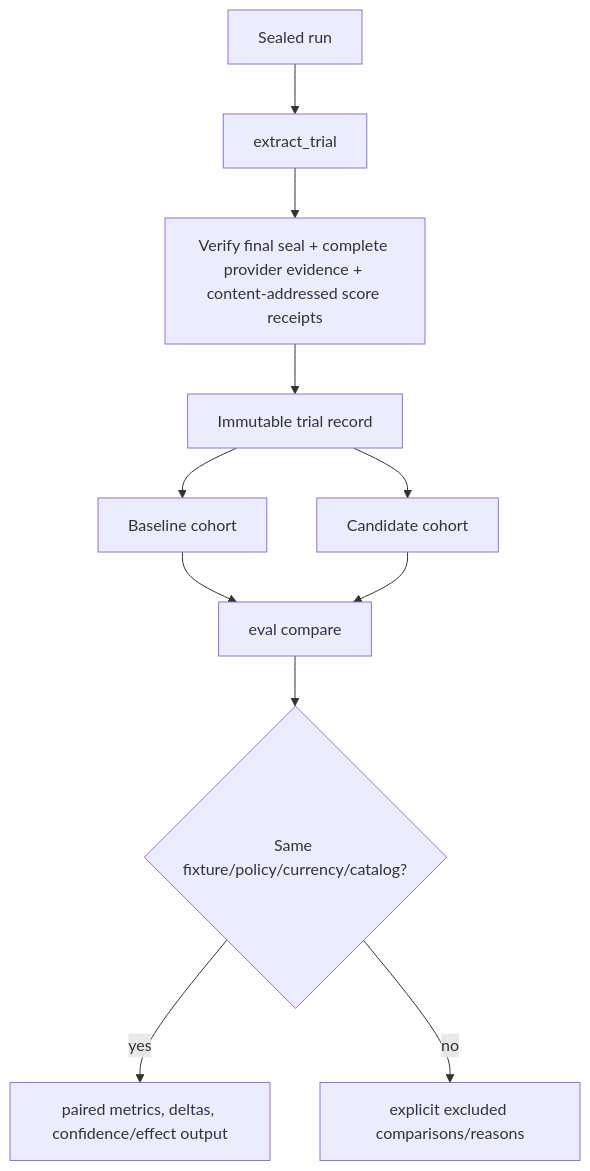
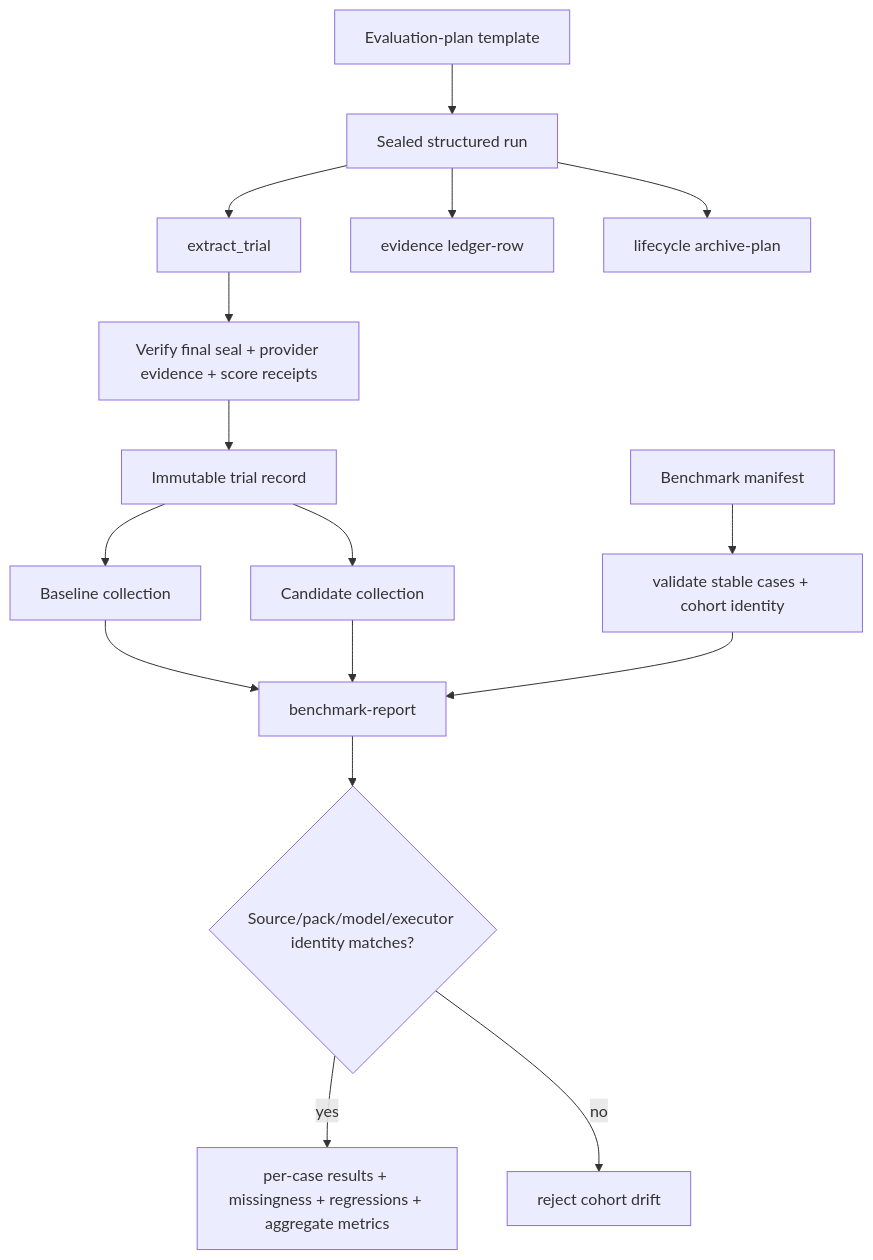
Diagram 15 of 28 in docs/diagrams/REPOSITORY_CHART_PACK.md (ngallodev-software/agent-workflow), drawn with Mermaid before and after one commit. The commit also changed 34 other files, not shown here.

Commit message:
Add deterministic evaluation benchmark templates

````diff
--- a/docs/diagrams/REPOSITORY_CHART_PACK.md
+++ b/docs/diagrams/REPOSITORY_CHART_PACK.md
@@ -329,13 +329,18 @@
 ```mermaid
 flowchart TD
-  Run[Sealed run] --> Extract[extract_trial]
-  Extract --> Checks[Verify final seal + complete provider evidence + content-addressed score receipts]
+  Plan[Evaluation-plan template] --> Run[Sealed structured run]
+  Manifest[Benchmark manifest] --> Validate[validate stable cases + cohort identity]
+  Run --> Extract[extract_trial]
+  Extract --> Checks[Verify final seal + provider evidence + score receipts]
   Checks --> Trial[Immutable trial record]
-  Trial --> Baseline[Baseline cohort]
-  Trial --> Candidate[Candidate cohort]
-  Baseline --> Compare[eval compare]
-  Candidate --> Compare
-  Compare --> Validity{Same fixture/policy/currency/catalog?}
-  Validity -->|yes| Stats[paired metrics, deltas, confidence/effect output]
-  Validity -->|no| Exclusions[explicit excluded comparisons/reasons]
+  Trial --> Baseline[Baseline collection]
+  Trial --> Candidate[Candidate collection]
+  Baseline --> Report[benchmark-report]
+  Candidate --> Report
+  Validate --> Report
+  Report --> Identity{Source/pack/model/executor identity matches?}
+  Identity -->|yes| Results[per-case results + missingness + regressions + aggregate metrics]
+  Identity -->|no| Reject[reject cohort drift]
+  Run --> Ledger[evidence ledger-row]
+  Run --> Archive[lifecycle archive-plan]
 ```
````
